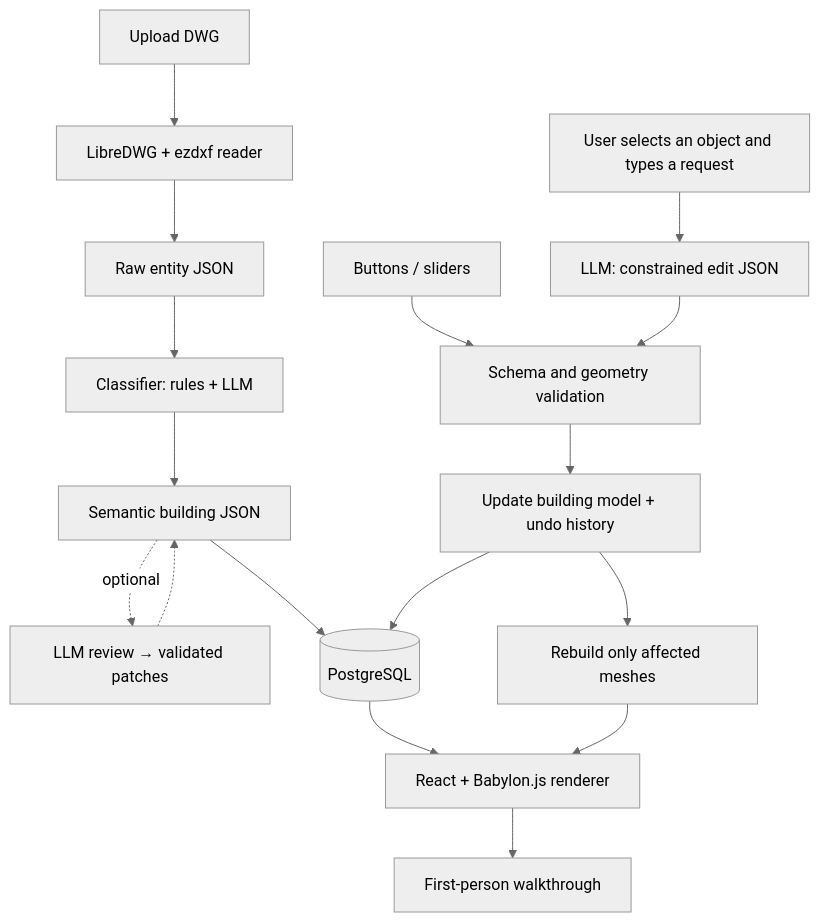
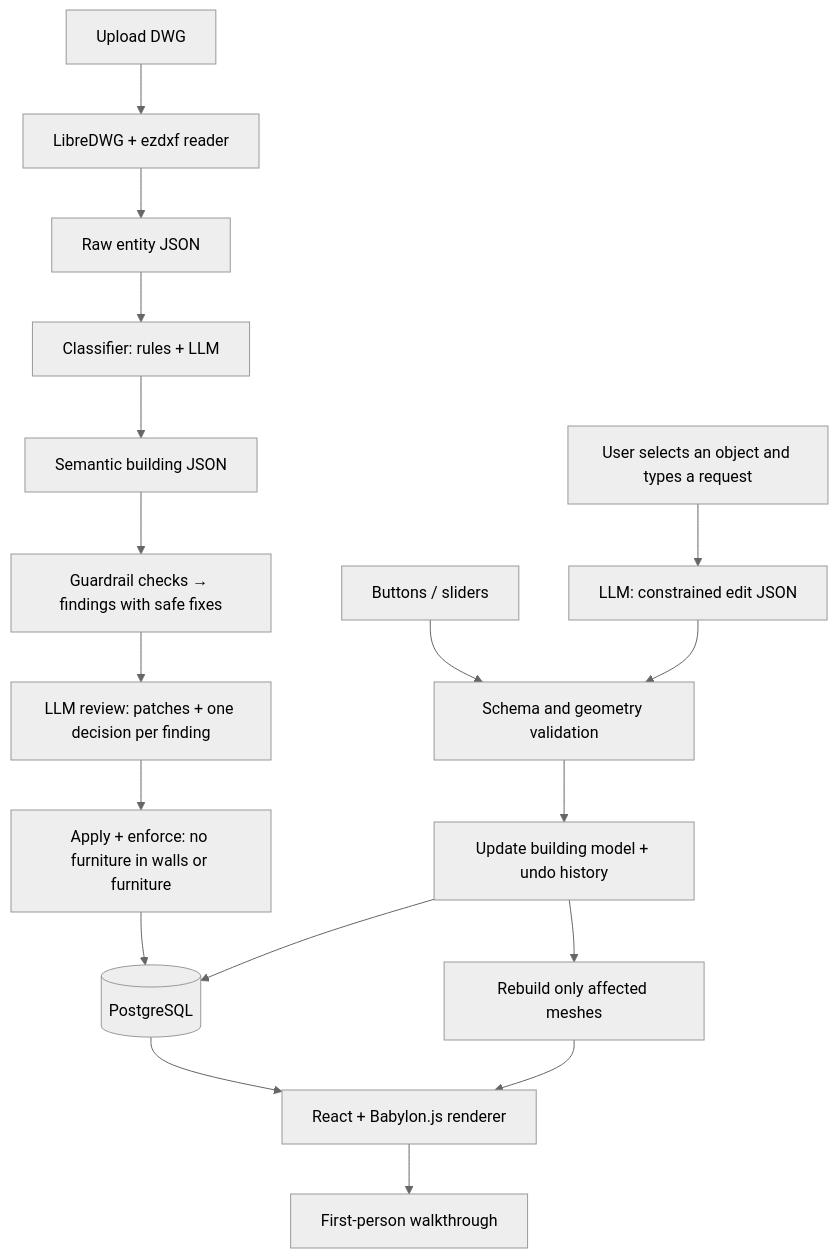
Before and after one commit to Severynson/Walkitecture: the diagram in README.md, drawn with Mermaid (neutral theme). The commit also changed other lines of this file and 69 other files, not shown here.

First line of the commit message:
feat: automatic AI checks before 3D, map end and sky, furniture library, doors

````diff
--- a/README.md
+++ b/README.md
@@ -107,20 +116,21 @@
 ```mermaid
 flowchart TD
     A[Upload DWG] --> B[LibreDWG + ezdxf reader]
     B --> C[Raw entity JSON]
     C --> K[Classifier: rules + LLM]
     K --> D[Semantic building JSON]
-    D -. optional .-> RV[LLM review → validated patches]
-    RV -.-> D
-    D --> P[(PostgreSQL)]
+    D --> GR[Guardrail checks → findings with safe fixes]
+    GR --> RV[LLM review: patches + one decision per finding]
+    RV --> EN[Apply + enforce: no furniture in walls or furniture]
+    EN --> P[(PostgreSQL)]
     P --> E[React + Babylon.js renderer]
     E --> F[First-person walkthrough]
 
     U[User selects an object and types a request] --> L[LLM: constrained edit JSON]
     S[Buttons / sliders] --> G
     L --> G[Schema and geometry validation]
     G --> H[Update building model + undo history]
     H --> P
     H --> I[Rebuild only affected meshes]
     I --> E
 ```
````
